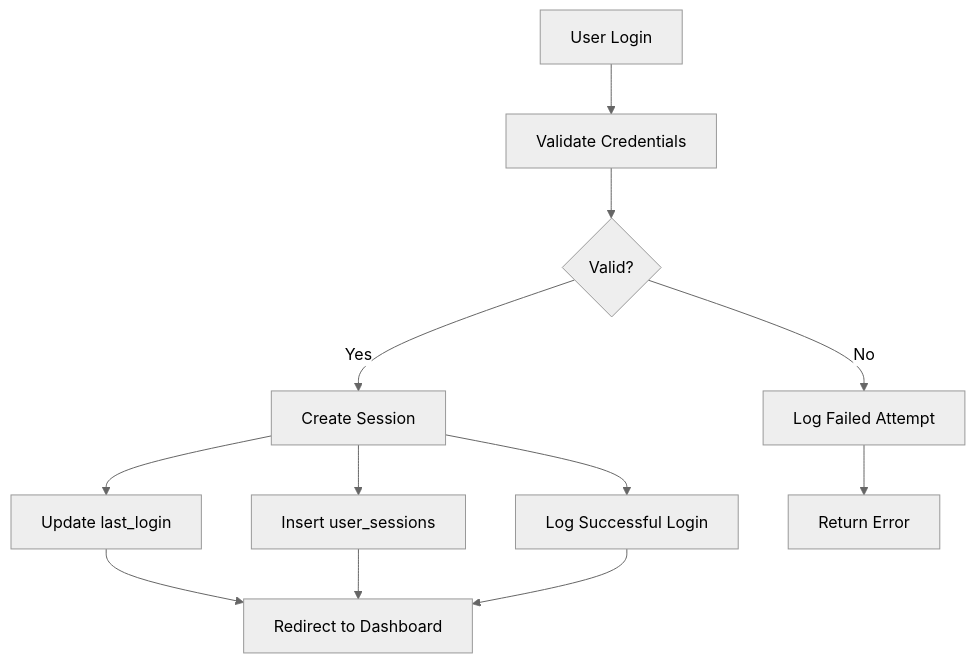
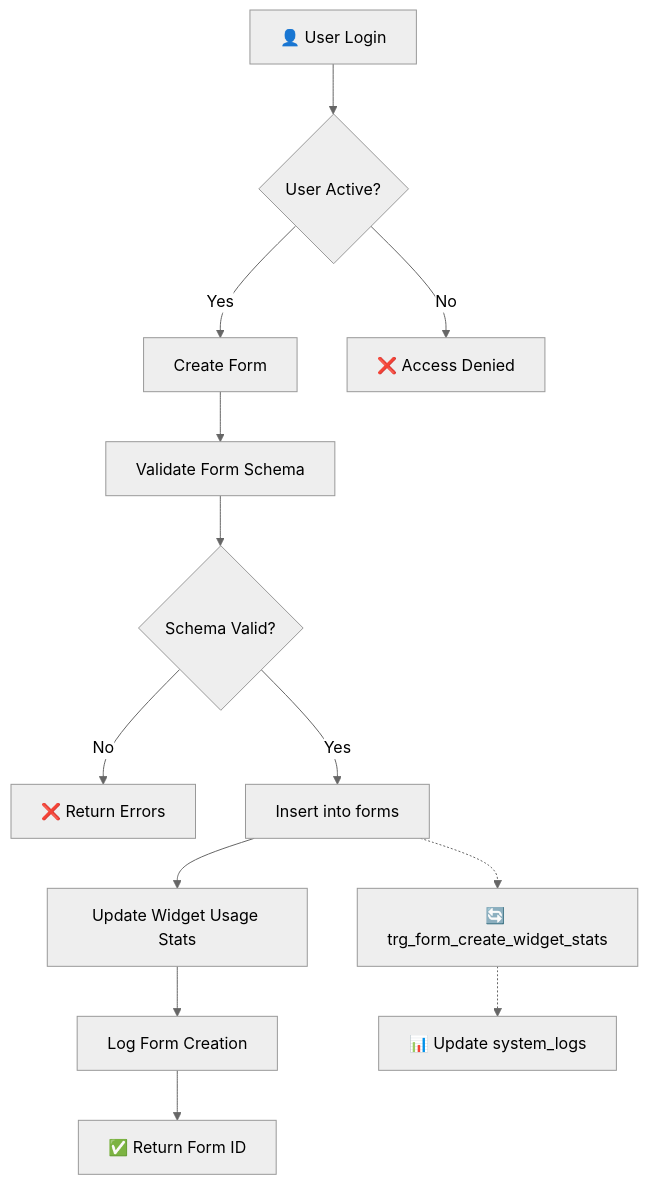
One commit to 123hassani-ai/Data-Save changed the third of 5 diagrams in docs/03-Database-Schema/relationships-diagram.md. Above: the diagram before and after it, drawn with Mermaid (neutral theme). The commit also changed other lines of this file and 19 other files, not shown here.

````diff
--- a/docs/03-Database-Schema/relationships-diagram.md
+++ b/docs/03-Database-Schema/relationships-diagram.md
@@ -375,14 +383,19 @@
 ```mermaid
 flowchart TD
-    A[User Login] --> B[Validate Credentials]
-    B --> C{Valid?}
-    C -->|Yes| D[Create Session]
-    C -->|No| E[Log Failed Attempt]
-    D --> F[Update last_login]
-    D --> G[Insert user_sessions]
-    D --> H[Log Successful Login]
-    F --> I[Redirect to Dashboard]
-    G --> I
-    H --> I
-    E --> J[Return Error]
+    A[👤 User Login] --> B{User Active?}
+    B -->|Yes| C[Create Form]
+    B -->|No| X[❌ Access Denied]
+    
+    C --> D[Validate Form Schema]
+    D --> E{Schema Valid?}
+    E -->|No| F[❌ Return Errors]
+    E -->|Yes| G[Insert into forms]
+    
+    G --> H[Update Widget Usage Stats]
+    H --> I[Log Form Creation]
+    I --> J[✅ Return Form ID]
+    
+    %% Trigger Actions (Automatic)
+    G -.-> K[🔄 trg_form_create_widget_stats]
+    K -.-> L[📊 Update system_logs]
 ```
````
